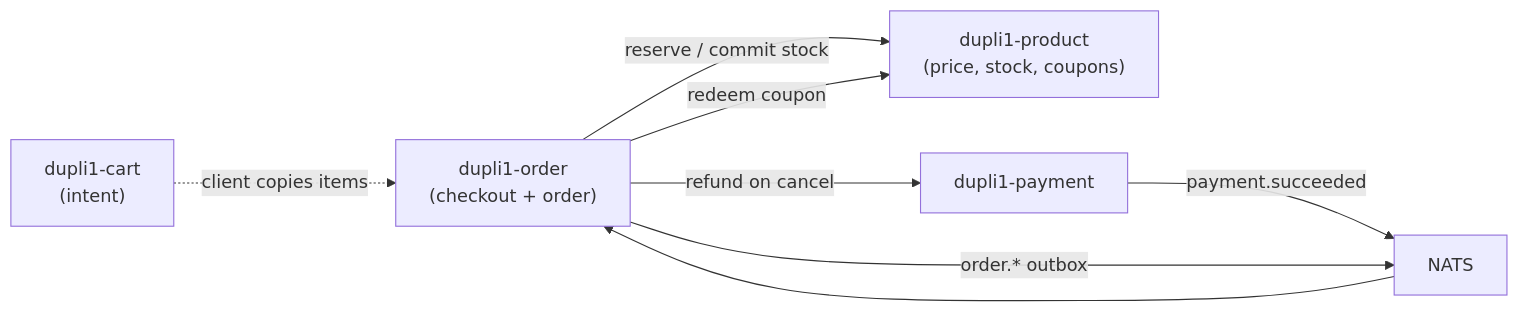
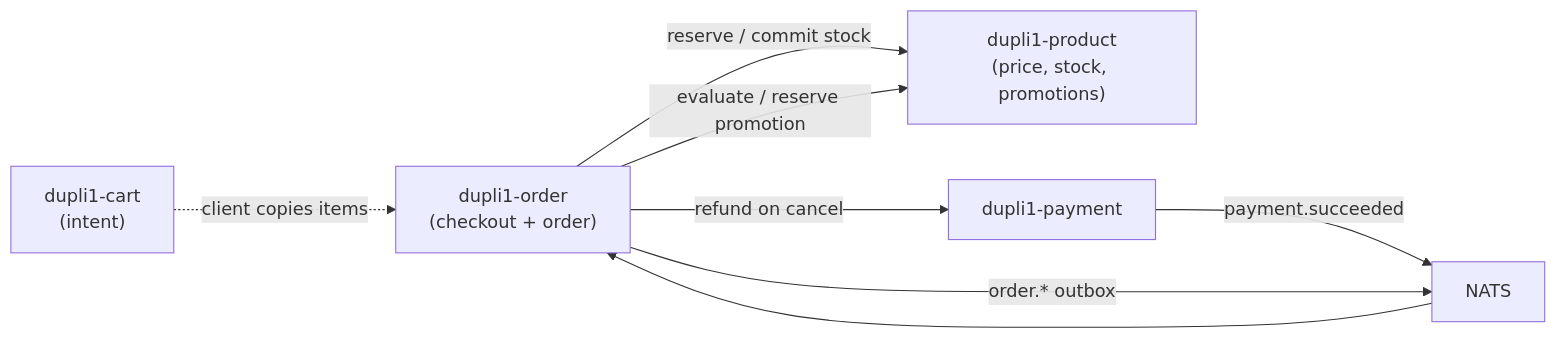
The diagram in docs/order-service.md (elug3/dupli1), drawn with Mermaid before and after one commit. The commit also changed other lines of this file and 25 other files, not shown here.

````diff
--- a/docs/order-service.md
+++ b/docs/order-service.md
@@ -13,16 +13,16 @@
 ```mermaid
 flowchart LR
     Cart["dupli1-cart<br/>(intent)"]
     Order["dupli1-order<br/>(checkout + order)"]
-    Product["dupli1-product<br/>(price, stock, coupons)"]
+    Product["dupli1-product<br/>(price, stock, promotions)"]
     Pay["dupli1-payment"]
     NATS["NATS"]
 
     Cart -.->|"client copies items"| Order
     Order -->|"reserve / commit stock"| Product
-    Order -->|"redeem coupon"| Product
+    Order -->|"evaluate / reserve promotion"| Product
     Pay -->|"payment.succeeded"| NATS
     NATS --> Order
     Order -->|"refund on cancel"| Pay
     Order -->|"order.* outbox"| NATS
 ```
````
